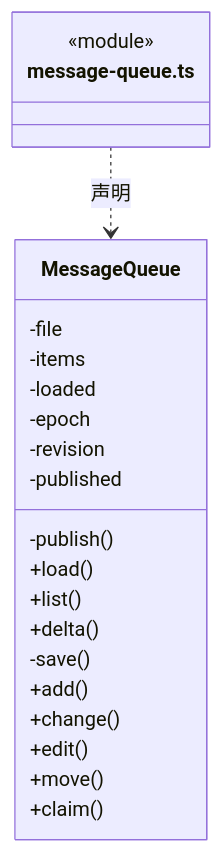
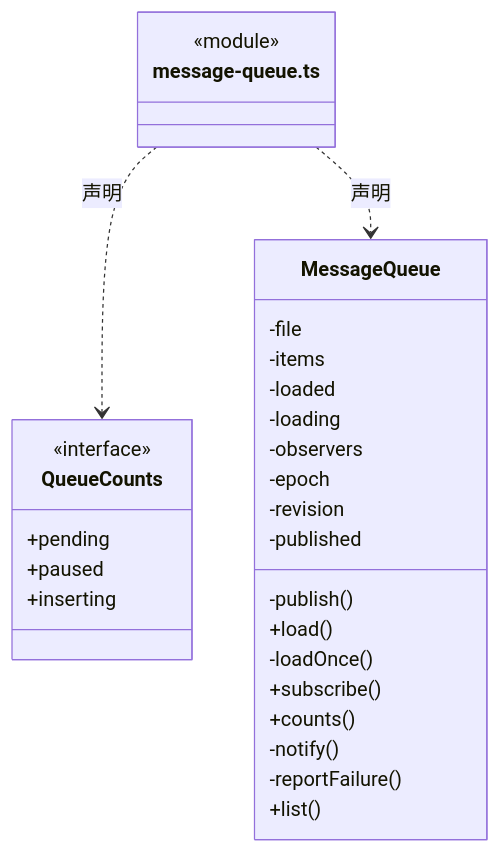
Before and after one commit to nan023062/cbim: the third of 4 diagrams in src/backend/scheduler-engine/conversation/ARCHITECTURE.md, drawn with Mermaid. The commit also changed other lines of this file and 211 other files, not shown here.

````diff
--- a/src/backend/scheduler-engine/conversation/ARCHITECTURE.md
+++ b/src/backend/scheduler-engine/conversation/ARCHITECTURE.md
@@ -51,25 +51,32 @@
 ```mermaid
 classDiagram
 class N_src_backend_scheduler_engine_conversation_message_queue_ts["message-queue.ts"] {
   <<module>>
 }
+class N_src_backend_scheduler_engine_conversation_message_queue_ts_QueueCounts["QueueCounts"] {
+  <<interface>>
+  +pending
+  +paused
+  +inserting
+}
+N_src_backend_scheduler_engine_conversation_message_queue_ts ..> N_src_backend_scheduler_engine_conversation_message_queue_ts_QueueCounts : 声明
 class N_src_backend_scheduler_engine_conversation_message_queue_ts_MessageQueue["MessageQueue"] {
   -file
   -items
   -loaded
+  -loading
+  -observers
   -epoch
   -revision
   -published
   -publish()
   +load()
+  -loadOnce()
+  +subscribe()
+  +counts()
+  -notify()
+  -reportFailure()
   +list()
-  +delta()
-  -save()
-  +add()
-  +change()
-  +edit()
-  +move()
-  +claim()
 }
 N_src_backend_scheduler_engine_conversation_message_queue_ts ..> N_src_backend_scheduler_engine_conversation_message_queue_ts_MessageQueue : 声明
 ```
````
